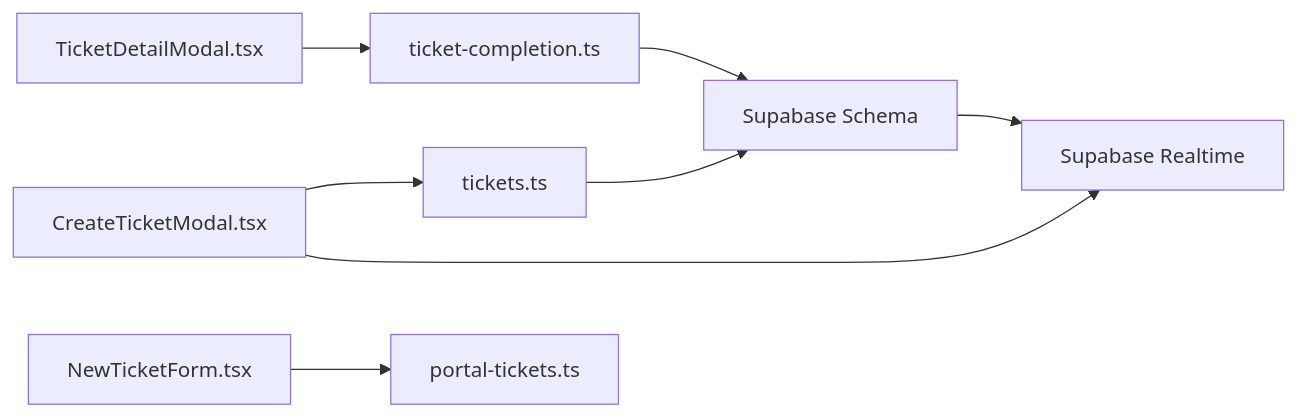
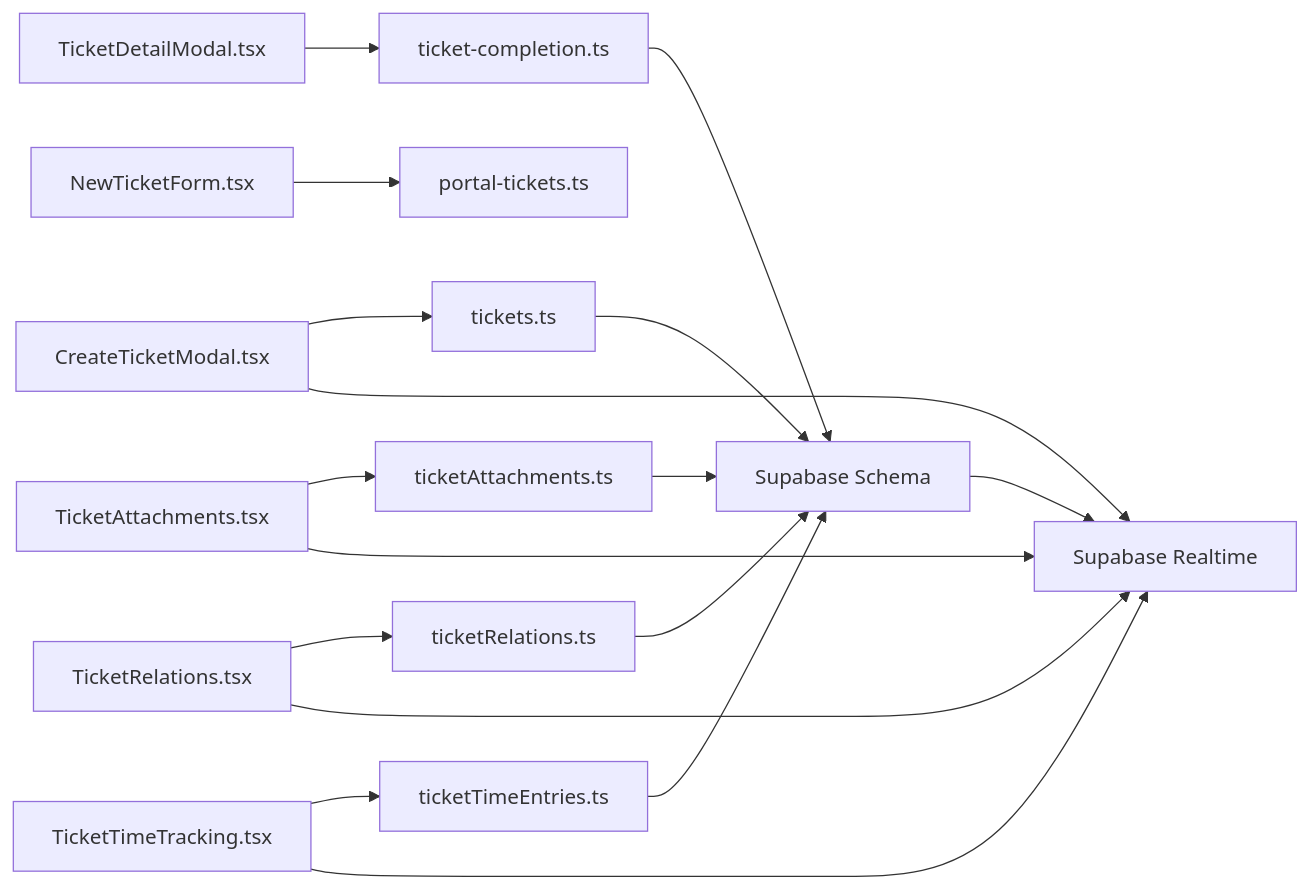
One commit to gastaldellomarco/pcReady changed diagram 14 of 14 in .qoder/repowiki/en/content/Ticket Management System/Ticket Management System.md. Above: the diagram before and after it, drawn with Mermaid. The commit also changed other lines of this file and 19 other files, not shown here.

````diff
--- a/.qoder/repowiki/en/content/Ticket Management System/Ticket Management System.md
+++ b/.qoder/repowiki/en/content/Ticket Management System/Ticket Management System.md
@@ -420,10 +599,19 @@
 ```mermaid
 graph LR
 CTM["CreateTicketModal.tsx"] --> SF["tickets.ts"]
 TDM["TicketDetailModal.tsx"] --> TC["ticket-completion.ts"]
 NTF["NewTicketForm.tsx"] --> PT["portal-tickets.ts"]
+TA["TicketAttachments.tsx"] --> TAC["ticketAttachments.ts"]
+TR["TicketRelations.tsx"] --> TRL["ticketRelations.ts"]
+TT["TicketTimeTracking.tsx"] --> TTE["ticketTimeEntries.ts"]
 SF --> DB["Supabase Schema"]
 TC --> DB
+TAC --> DB
+TRL --> DB
+TTE --> DB
 DB --> RT["Supabase Realtime"]
 CTM --> RT
+TA --> RT
+TR --> RT
+TT --> RT
 ```
````
